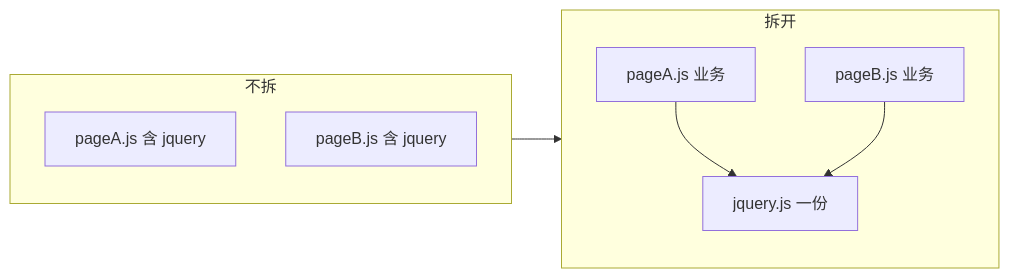
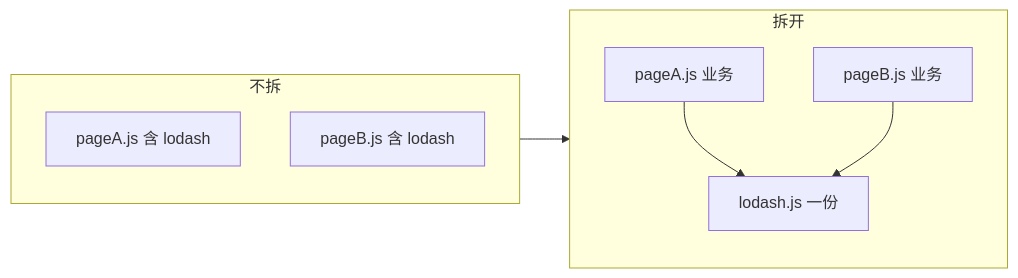
The tenth of 14 diagrams in content/posts/frontend-build-tools-evolution.mdx (Jaxon1216/homepage), drawn with Mermaid before and after one commit. The commit also changed other lines of this file and 4 other files, not shown here.

````diff
--- a/content/posts/frontend-build-tools-evolution.mdx
+++ b/content/posts/frontend-build-tools-evolution.mdx
@@ -865,15 +593,15 @@
 ```mermaid
 flowchart LR
   subgraph before ["不拆"]
-    A1["pageA.js 含 jquery"]
-    B1["pageB.js 含 jquery"]
+    A1["pageA.js 含 lodash"]
+    B1["pageB.js 含 lodash"]
   end
   subgraph after ["拆开"]
     A2["pageA.js 业务"]
     B2["pageB.js 业务"]
-    J["jquery.js 一份"]
+    J["lodash.js 一份"]
     A2 --> J
     B2 --> J
   end
   before --> after
 ```
````
